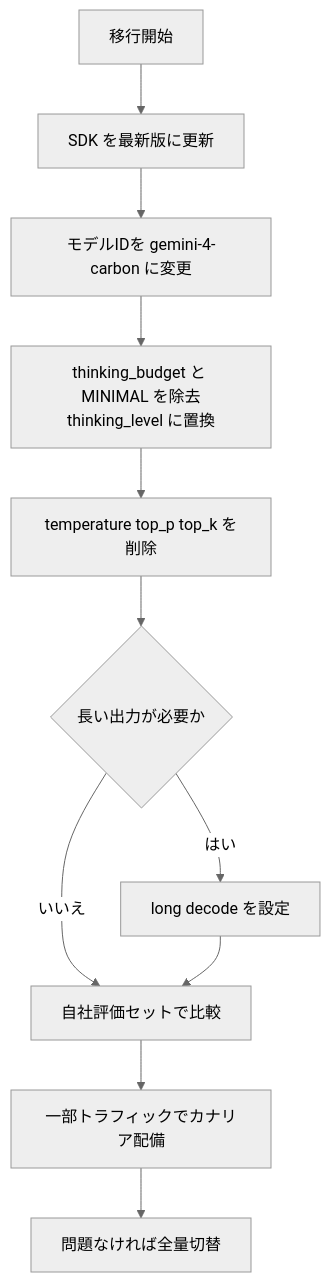
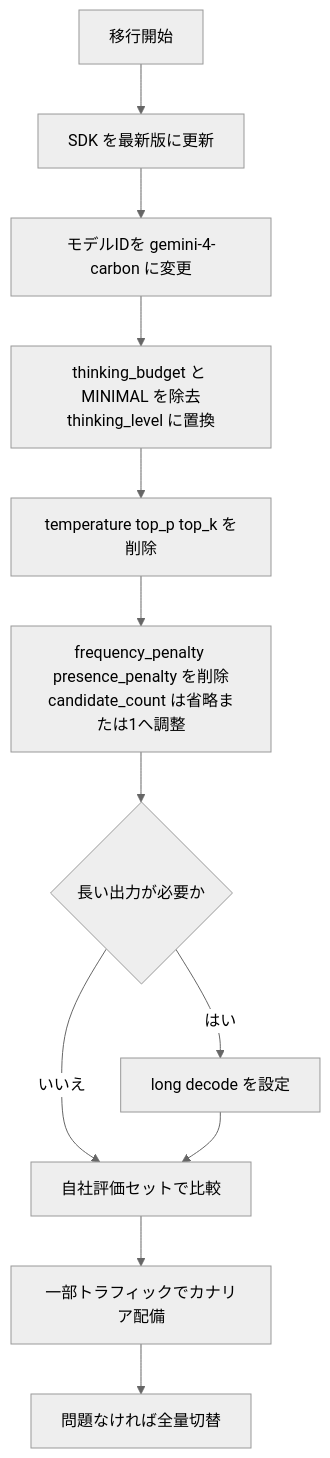
One commit to myoshi2891/Comparison-of-LLMs changed the sixth of 9 diagrams in Gemini-4-carbon-guide.md. Above: the diagram before and after it, drawn with Mermaid (neutral theme). The commit also changed other lines of this file and 2 other files, not shown here.

Commit message:
docs(google): update migration parameters, STOP-only history preservation, and Decisions token limits

````diff
--- a/Gemini-4-carbon-guide.md
+++ b/Gemini-4-carbon-guide.md
@@ -368,13 +369,14 @@
 ```mermaid
 flowchart TD
     S["移行開始"] --> SDK["SDK を最新版に更新"]
     SDK --> ID["モデルIDを gemini-4-carbon に変更"]
     ID --> TB["thinking_budget と MINIMAL を除去<br/>thinking_level に置換"]
     TB --> SP["temperature top_p top_k を削除"]
-    SP --> LD{"長い出力が必要か"}
+    SP --> NP["frequency_penalty presence_penalty を削除<br/>candidate_count は省略または1へ調整"]
+    NP --> LD{"長い出力が必要か"}
     LD -- "はい" --> LDON["long decode を設定"]
     LD -- "いいえ" --> EV
     LDON --> EV["自社評価セットで比較"]
     EV --> CAN["一部トラフィックでカナリア配備"]
     CAN --> FULL["問題なければ全量切替"]
 ```
````
